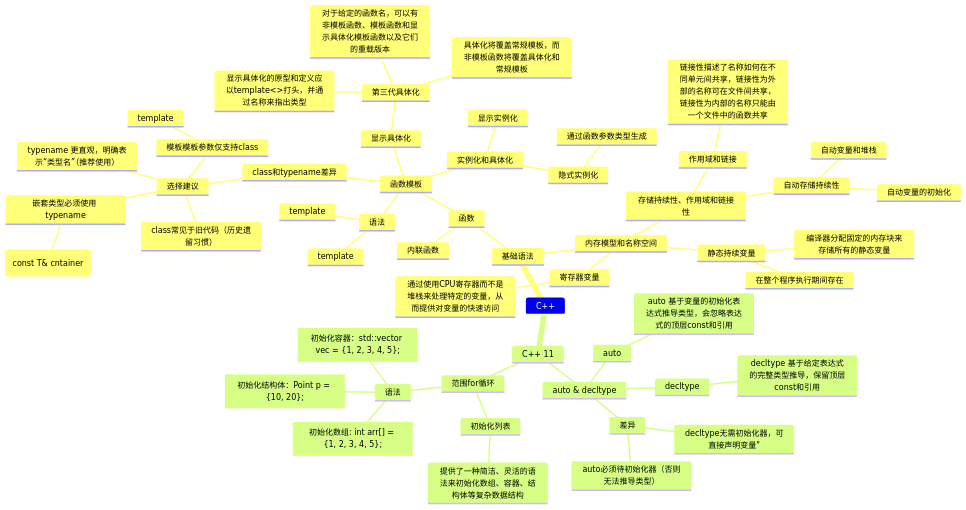
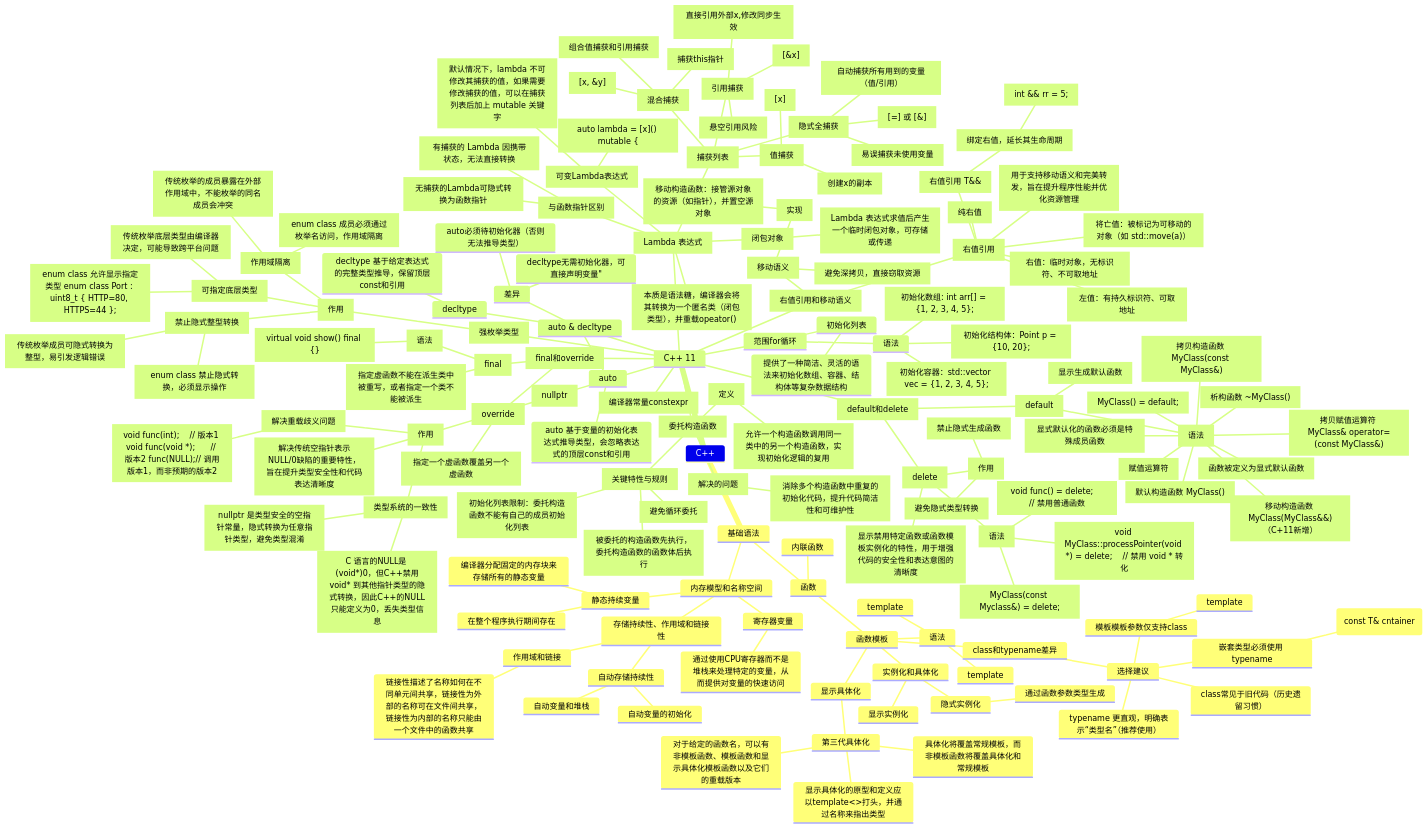
One commit to akai100/job_seek changed the diagram in 编程语言/c++/C++.md. Above: the diagram before and after it, drawn with Mermaid. The commit also changed other lines of this file, not shown here.

````diff
--- a/编程语言/c++/C++.md
+++ b/编程语言/c++/C++.md
@@ -55,4 +55,103 @@
                 ["初始化数组: int arr\[] = {1, 2, 3, 4, 5};"]
                 ["初始化容器：std::vector<int> vec = {1, 2, 3, 4, 5};"]
                 ["初始化结构体：Point p = {10, 20};"]
+        ["nullptr"]
+            ["作用"]
+                ["解决传统空指针表示NULL/0缺陷的重要特性，旨在提升类型安全性和代码表达清晰度"]
+                ["解决重载歧义问题"]
+                    ["void func(int);    // 版本1 void func(void *);      // 版本2 func(NULL);// 调用版本1，而非预期的版本2"]
+                ["类型系统的一致性"]
+                    ["C 语言的NULL是 (void*)0，但C++禁用void* 到其他指针类型的隐式转换，因此C++的NULL只能定义为0，丢失类型信息"]
+                    ["nullptr 是类型安全的空指针常量，隐式转换为任意指针类型，避免类型混淆"]
+        ["强枚举类型"]
+            ["作用"]
+                ["作用域隔离"]
+                    ["传统枚举的成员暴露在外部作用域中，不能枚举的同名成员会冲突"]
+                    ["enum class 成员必须通过枚举名访问，作用域隔离"]
+                ["禁止隐式整型转换"]
+                    ["传统枚举成员可隐式转换为整型，易引发逻辑错误"]
+                    ["enum class 禁止隐式转换，必须显示操作"]
+                ["可指定底层类型"]
+                    ["传统枚举底层类型由编译器决定，可能导致跨平台问题"]
+                    ["enum class 允许显示指定类型 enum class Port : uint8_t { HTTP=80, HTTPS=44 };"]
+        ["编译器常量constexpr"]
+        ["右值引用和移动语义"]
+            ["右值引用"]
+                ["用于支持移动语义和完美转发，旨在提升程序性能并优化资源管理"]
+                ["左值：有持久标识符、可取地址"]
+                ["右值：临时对象，无标识符、不可取地址"]
+                ["纯右值"]
+                ["将亡值：被标记为可移动的对象（如 std::move(a)）"]
+                ["右值引用 T&&"]
+                    ["绑定右值，延长其生命周期"]
+                        ["int && rr = 5;"]
+            ["移动语义"]
+                ["避免深拷贝，直接窃取资源"]
+                ["实现"]
+                    ["移动构造函数：接管源对象的资源（如指针），并置空源对象"]
+        ["Lambda 表达式"]
+            ["本质是语法糖，编译器会将其转换为一个匿名类（闭包类型），并重载opeator()"]
+            ["闭包对象"]
+                ["Lambda 表达式求值后产生一个临时闭包对象，可存储或传递"]
+            ["与函数指针区别"]
+                ["无捕获的Lambda可隐式转换为函数指针"]
+                ["有捕获的 Lambda 因携带状态，无法直接转换"]
+            ["捕获列表"]
+                ["值捕获"]
+                    ["[x]"]
+                    ["创建x的副本"]
+                ["引用捕获"]
+                    ["[&x]"]
+                    ["直接引用外部x,修改同步生效"]
+                    ["悬空引用风险"]
+                ["隐式全捕获"]
+                    ["[=] 或 [&]"]
+                    ["自动捕获所有用到的变量（值/引用）"]
+                    ["易误捕获未使用变量"]
+                ["混合捕获"]
+                    ["[x, &y]"]
+                    ["组合值捕获和引用捕获"]
+                    ["捕获this指针"]
+            ["可变Lambda表达式"]
+                ["默认情况下，lambda 不可修改其捕获的值，如果需要修改捕获的值，可以在捕获列表后加上 mutable 关键字"]
+                ["auto lambda = [x]() mutable {"]
+        ["委托构造函数"]
+            ["定义"]
+                ["允许一个构造函数调用同一类中的另一个构造函数，实现初始化逻辑的复用"]
+            ["解决的问题"]
+                ["消除多个构造函数中重复的初始化代码，提升代码简洁性和可维护性"]
+            ["关键特性与规则"]
+                ["初始化列表限制：委托构造函数不能有自己的成员初始化列表"]
+                ["被委托的构造函数先执行，委托构造函数的函数体后执行"]
+                ["避免循环委托"]
+        ["default和delete"]
+            ["default"]
+                ["语法"]
+                    ["MyClass() = default;"]
+                    ["函数被定义为显式默认函数"]
+                    ["显式默认化的函数必须是特殊成员函数"]
+                    ["默认构造函数 MyClass()"]
+                    ["拷贝构造函数 MyClass(const MyClass&)"]
+                    ["拷贝赋值运算符 MyClass& operator=(const MyClass&)"]
+                    ["析构函数 ~MyClass()"]
+                    ["移动构造函数 MyClass(MyClass&&)（C+11新增）"]
+                    ["赋值运算符 "]
+                ["显示生成默认函数"]
+            ["delete"]
+                ["显示禁用特定函数或函数模板实例化的特性，用于增强代码的安全性和表达意图的清晰度"]
+                ["语法"]
+                    ["MyClass(const Myclass&) = delete;"]
+                    ["void func() = delete;    // 禁用普通函数"]
+                    ["void MyClass::processPointer<void>(void *) = delete;    // 禁用 void * 转化"]
+                ["作用"]
+                    ["禁止隐式生成函数"]
+                    ["避免隐式类型转换"]
+        ["final和override"]
+            ["final"]
+                ["指定虚函数不能在派生类中被重写，或者指定一个类不能被派生"]
+                ["语法"]
+                    ["virtual void show() final {}"]
+            ["override"]
+                ["指定一个虚函数覆盖另一个虚函数"]
+                
 ```
````
